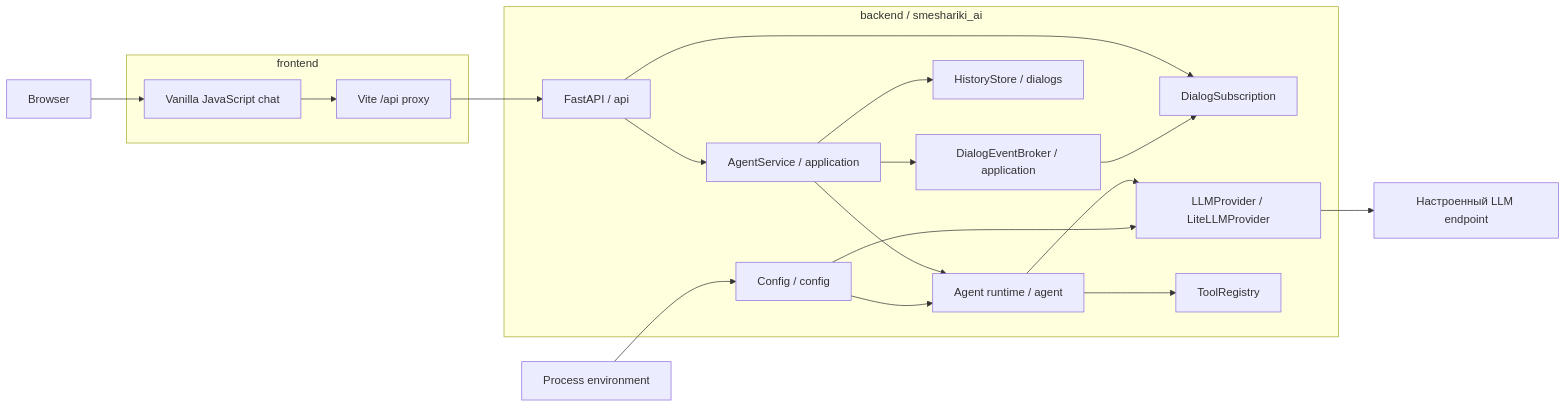
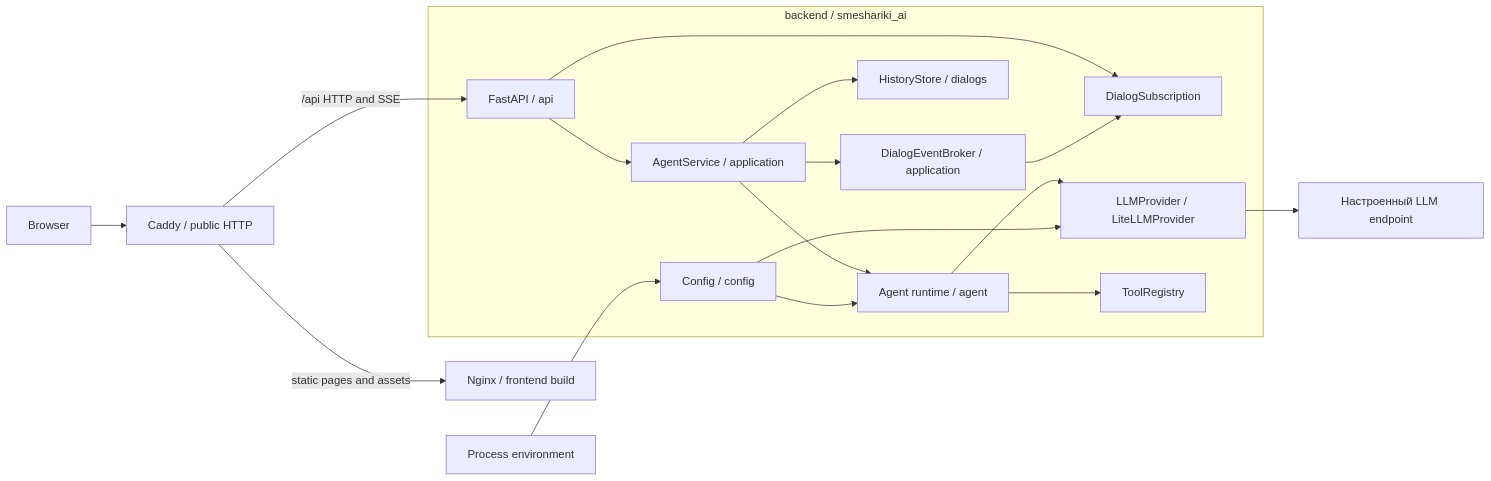
One commit to Nisakoo/BMSTU-NIRS changed the diagram in docs/README.md. Above: the diagram before and after it, drawn with Mermaid. The commit also changed other lines of this file and 32 other files, not shown here.

````diff
--- a/docs/README.md
+++ b/docs/README.md
@@ -38,41 +38,39 @@
 ```mermaid
 flowchart LR
     Browser[Browser]
 
-    subgraph Frontend[frontend]
-        UI[Vanilla JavaScript chat]
-        Vite[Vite /api proxy]
-        UI --> Vite
-    end
+    Caddy[Caddy / public HTTP]
+    Nginx[Nginx / frontend build]
 
     subgraph Backend[backend / smeshariki_ai]
         Config[Config / config]
         API[FastAPI / api]
         Service[AgentService / application]
         Broker[DialogEventBroker / application]
         Subscription[DialogSubscription]
         History[HistoryStore / dialogs]
         Agent[Agent runtime / agent]
         LLM[LLMProvider / LiteLLMProvider]
         Tools[ToolRegistry]
 
         API --> Service
         Config --> Agent
         Config --> LLM
         Service --> History
         Service --> Agent
         Service --> Broker
         Broker --> Subscription
         API --> Subscription
         Agent --> LLM
         Agent --> Tools
     end
 
     Model[Настроенный LLM endpoint]
     Environment[Process environment]
 
-    Browser --> UI
-    Vite --> API
+    Browser --> Caddy
+    Caddy -->|static pages and assets| Nginx
+    Caddy -->|/api HTTP and SSE| API
     Environment --> Config
     LLM --> Model
 ```
````
